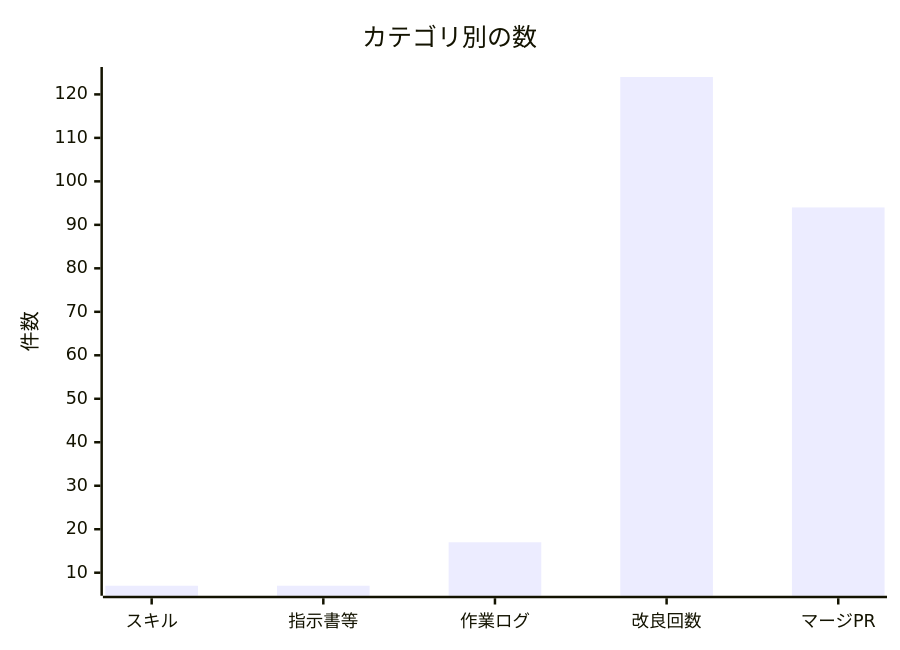
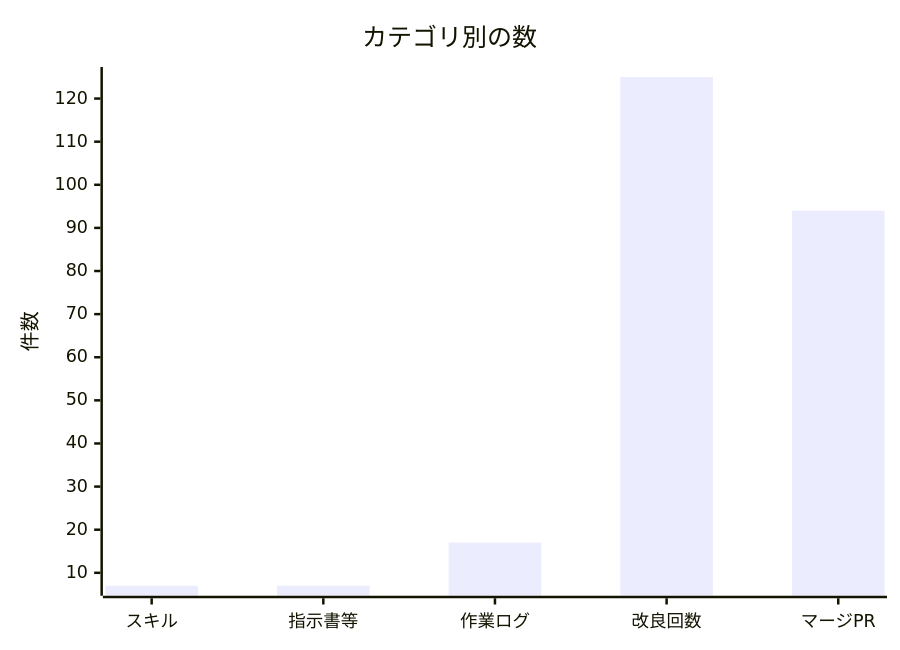
The second of 2 diagrams in docs/進化レポート.md (non-x2/non-x2), drawn with Mermaid before and after one commit. The commit also changed other lines of this file and 1 other file, not shown here.

````diff
--- a/docs/進化レポート.md
+++ b/docs/進化レポート.md
@@ -35,7 +35,7 @@
 ```mermaid
 xychart-beta
     title "カテゴリ別の数"
     x-axis ["スキル", "指示書等", "作業ログ", "改良回数", "マージPR"]
     y-axis "件数"
-    bar [7, 7, 17, 124, 94]
+    bar [7, 7, 17, 125, 94]
 ```
````
